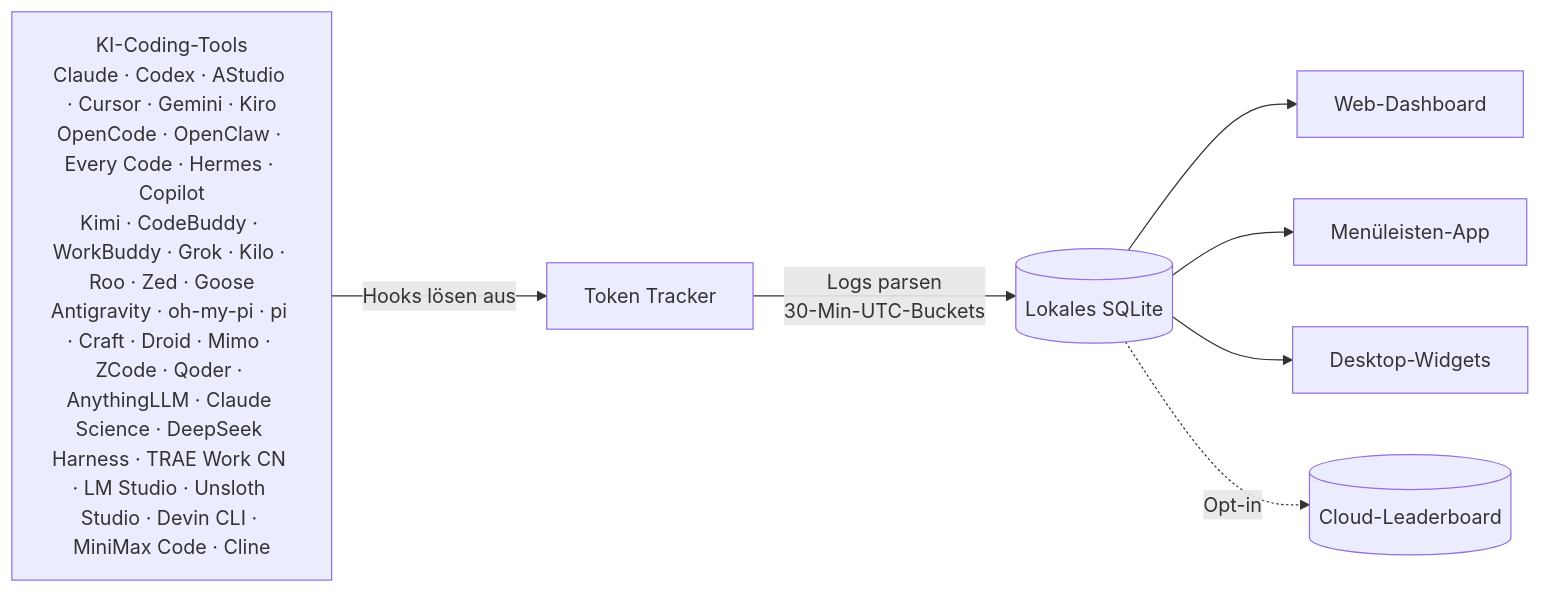
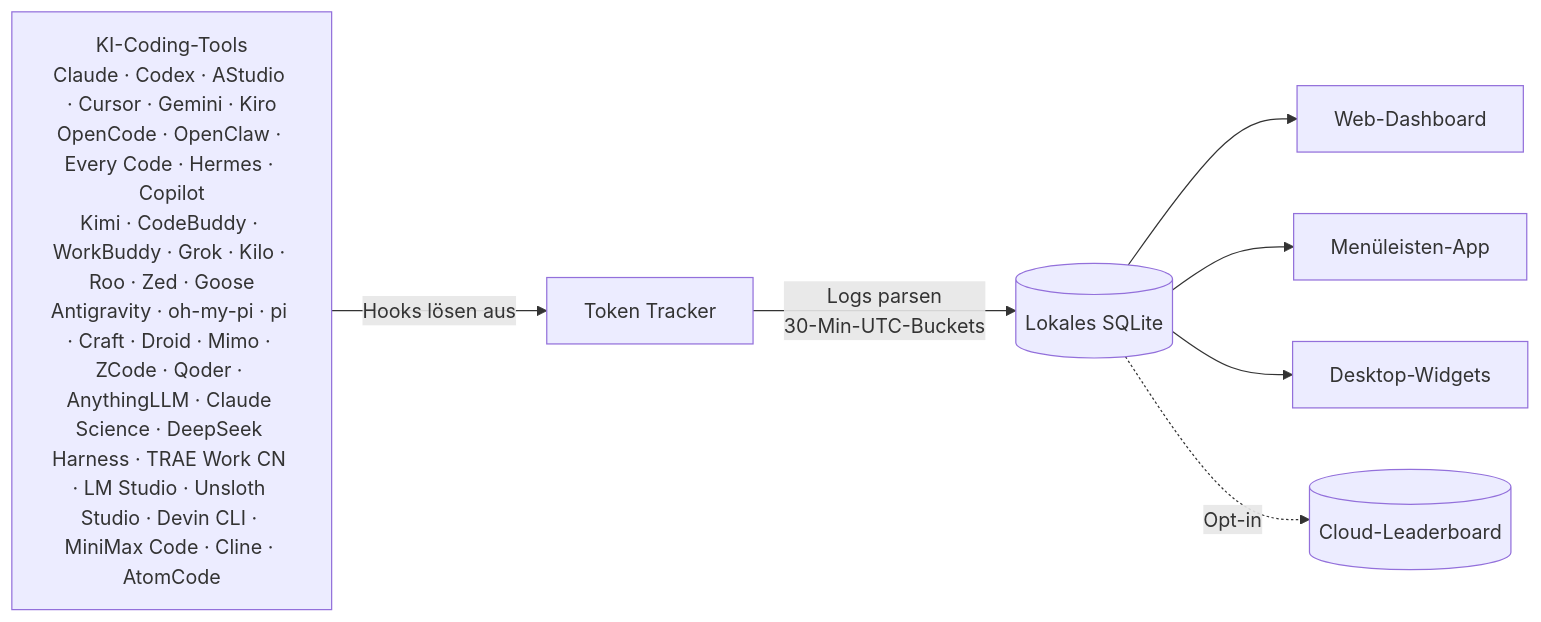
One commit to xiufengsun/TokenTracker changed the diagram in README.de.md. Above: the diagram before and after it, drawn with Mermaid. The commit also changed other lines of this file and 12 other files, not shown here.

First line of the commit message:
feat: add AtomCode (AtomGit model-agent) as a passive datalog source

````diff
--- a/README.de.md
+++ b/README.de.md
@@ -246,10 +247,10 @@
 ```mermaid
 flowchart LR
-    A["KI-Coding-Tools<br/>Claude · Codex · AStudio · Cursor · Gemini · Kiro<br/>OpenCode · OpenClaw · Every Code · Hermes · Copilot<br/>Kimi · CodeBuddy · WorkBuddy · Grok · Kilo · Roo · Zed · Goose<br/>Antigravity · oh-my-pi · pi · Craft · Droid · Mimo · ZCode · Qoder · AnythingLLM · Claude Science · DeepSeek Harness · TRAE Work CN · LM Studio · Unsloth Studio · Devin CLI · MiniMax Code · Cline"]
+    A["KI-Coding-Tools<br/>Claude · Codex · AStudio · Cursor · Gemini · Kiro<br/>OpenCode · OpenClaw · Every Code · Hermes · Copilot<br/>Kimi · CodeBuddy · WorkBuddy · Grok · Kilo · Roo · Zed · Goose<br/>Antigravity · oh-my-pi · pi · Craft · Droid · Mimo · ZCode · Qoder · AnythingLLM · Claude Science · DeepSeek Harness · TRAE Work CN · LM Studio · Unsloth Studio · Devin CLI · MiniMax Code · Cline · AtomCode"]
     A -->|Hooks lösen aus| B[Token Tracker]
     B -->|Logs parsen<br/>30-Min-UTC-Buckets| C[(Lokales SQLite)]
     C --> D[Web-Dashboard]
     C --> E[Menüleisten-App]
     C --> F[Desktop-Widgets]
     C -.->|Opt-in| G[(Cloud-Leaderboard)]
 ```
````
